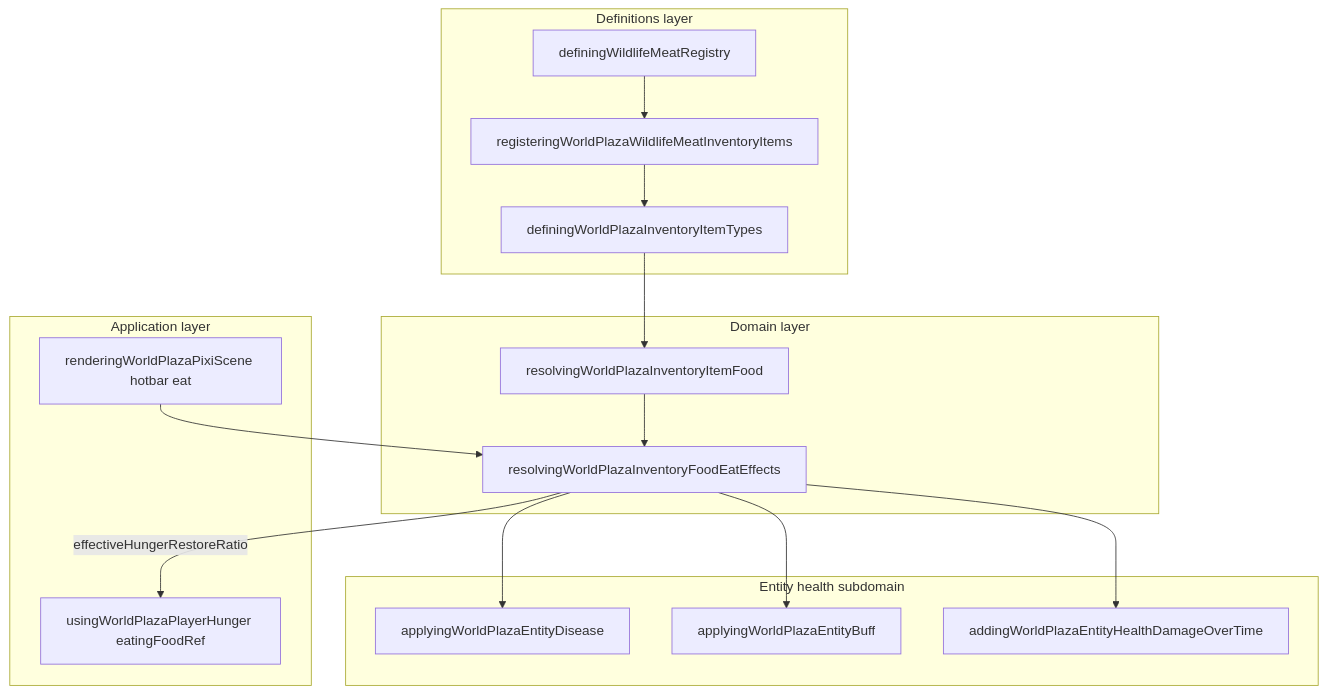
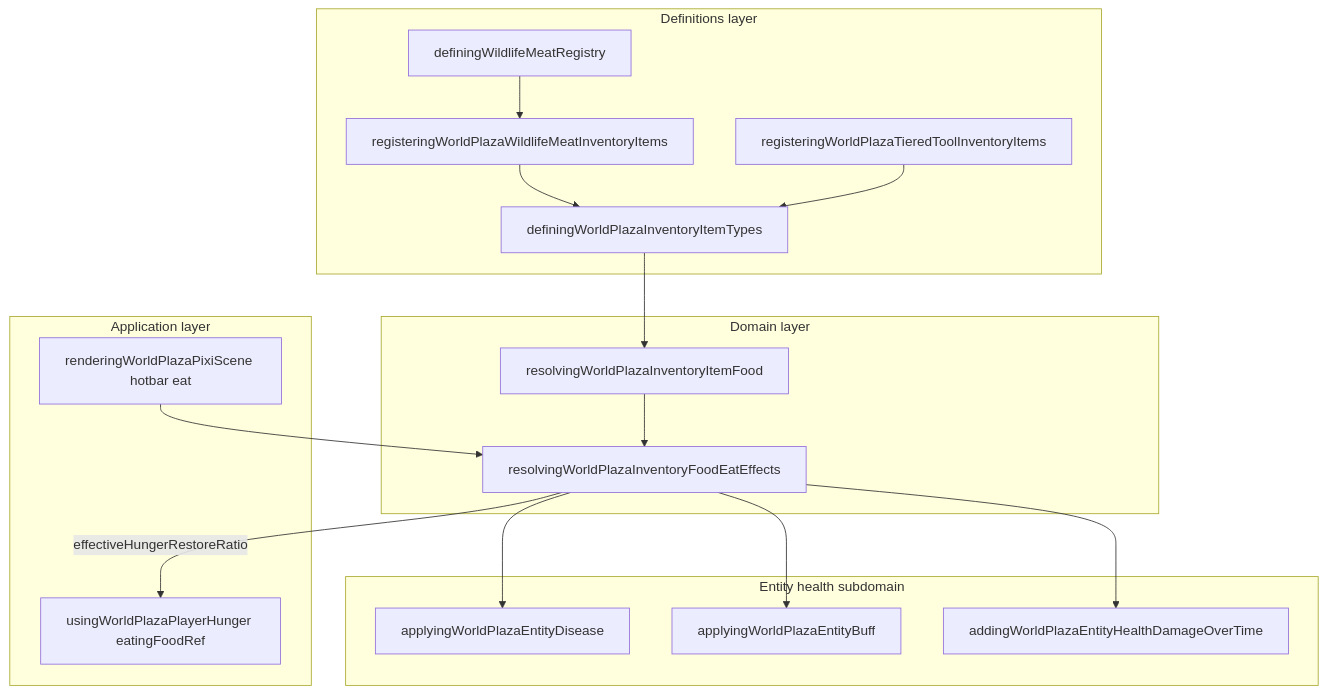
One commit to Jayrr-Dev/reigncraft changed the diagram in gameplay/mechanics/inventory-food/README.md. Above: the diagram before and after it, drawn with Mermaid. The commit also changed other lines of this file and 185 other files, not shown here.

````diff
--- a/gameplay/mechanics/inventory-food/README.md
+++ b/gameplay/mechanics/inventory-food/README.md
@@ -81,34 +85,36 @@
 ```mermaid
 flowchart TB
   subgraph definitions [Definitions layer]
     IT[definingWorldPlazaInventoryItemTypes]
+    TT[registeringWorldPlazaTieredToolInventoryItems]
     MR[definingWildlifeMeatRegistry]
     RM[registeringWorldPlazaWildlifeMeatInventoryItems]
   end
 
   subgraph domain [Domain layer]
     RF[resolvingWorldPlazaInventoryItemFood]
     FE[resolvingWorldPlazaInventoryFoodEatEffects]
   end
 
   subgraph health [Entity health subdomain]
     AD[applyingWorldPlazaEntityDisease]
     AB[applyingWorldPlazaEntityBuff]
     DOT[addingWorldPlazaEntityHealthDamageOverTime]
   end
 
   subgraph application [Application layer]
     SC[renderingWorldPlazaPixiScene hotbar eat]
     UH[usingWorldPlazaPlayerHunger eatingFoodRef]
   end
 
   MR --> RM
   RM --> IT
+  TT --> IT
   IT --> RF
   RF --> FE
   FE --> AD
   FE --> AB
   FE --> DOT
   SC --> FE
   FE -->|effectiveHungerRestoreRatio| UH
 ```
````
